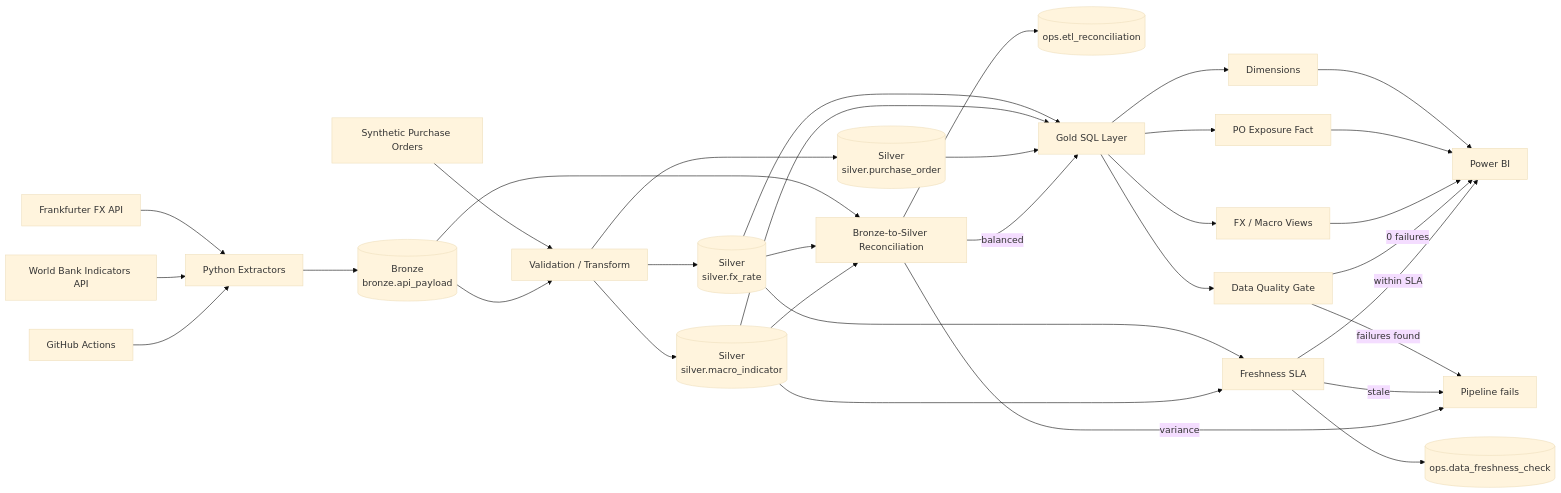
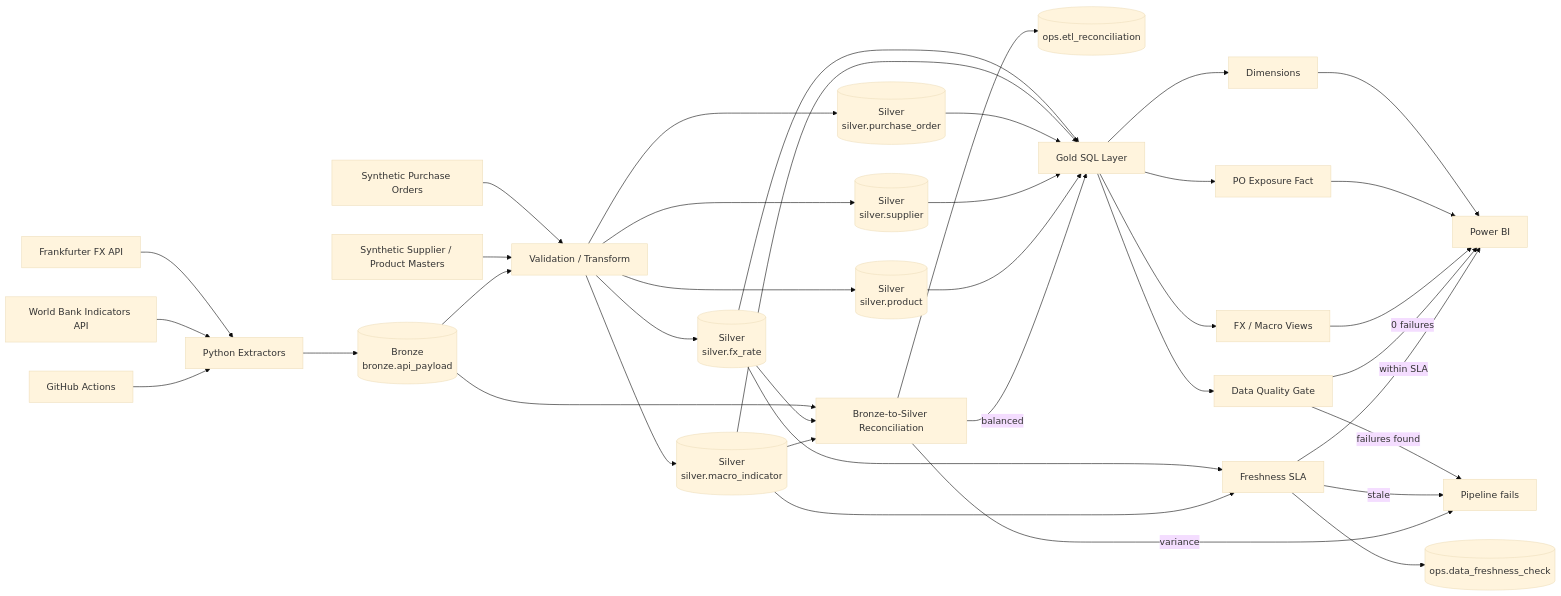
Before and after one commit to Nathi111/fx-treasury-intelligence: the first of 2 diagrams in docs/architecture.md, drawn with Mermaid (base theme). The commit also changed other lines of this file and 14 other files, not shown here.

First line of the commit message:
Enrich supplier and product dimensions

````diff
--- a/docs/architecture.md
+++ b/docs/architecture.md
@@ -5,43 +5,48 @@
 ```mermaid
 flowchart LR
     A[Frankfurter FX API] --> E[Python Extractors]
     B[World Bank Indicators API] --> E
     C[Synthetic Purchase Orders] --> T[Validation / Transform]
+    M[Synthetic Supplier / Product Masters] --> T
 
     E --> BR[(Bronze<br/>bronze.api_payload)]
     BR --> T
 
     T --> S1[(Silver<br/>silver.fx_rate)]
     T --> S2[(Silver<br/>silver.macro_indicator)]
     T --> S3[(Silver<br/>silver.purchase_order)]
+    T --> S4[(Silver<br/>silver.supplier)]
+    T --> S5[(Silver<br/>silver.product)]
 
     BR --> RC[Bronze-to-Silver Reconciliation]
     S1 --> RC
     S2 --> RC
     RC --> O2[(ops.etl_reconciliation)]
 
     S1 --> G[Gold SQL Layer]
     S2 --> G
     S3 --> G
+    S4 --> G
+    S5 --> G
 
     G --> D1[Dimensions]
     G --> F1[PO Exposure Fact]
     G --> V1[FX / Macro Views]
     G --> Q[Data Quality Gate]
     S1 --> FR[Freshness SLA]
     S2 --> FR
     FR --> O[(ops.data_freshness_check)]
 
     D1 --> P[Power BI]
     F1 --> P
     V1 --> P
 
     Q -->|0 failures| P
     Q -->|failures found| X[Pipeline fails]
     FR -->|within SLA| P
     FR -->|stale| X
     RC -->|balanced| G
     RC -->|variance| X
 
     GH[GitHub Actions] --> E
 ```
````
